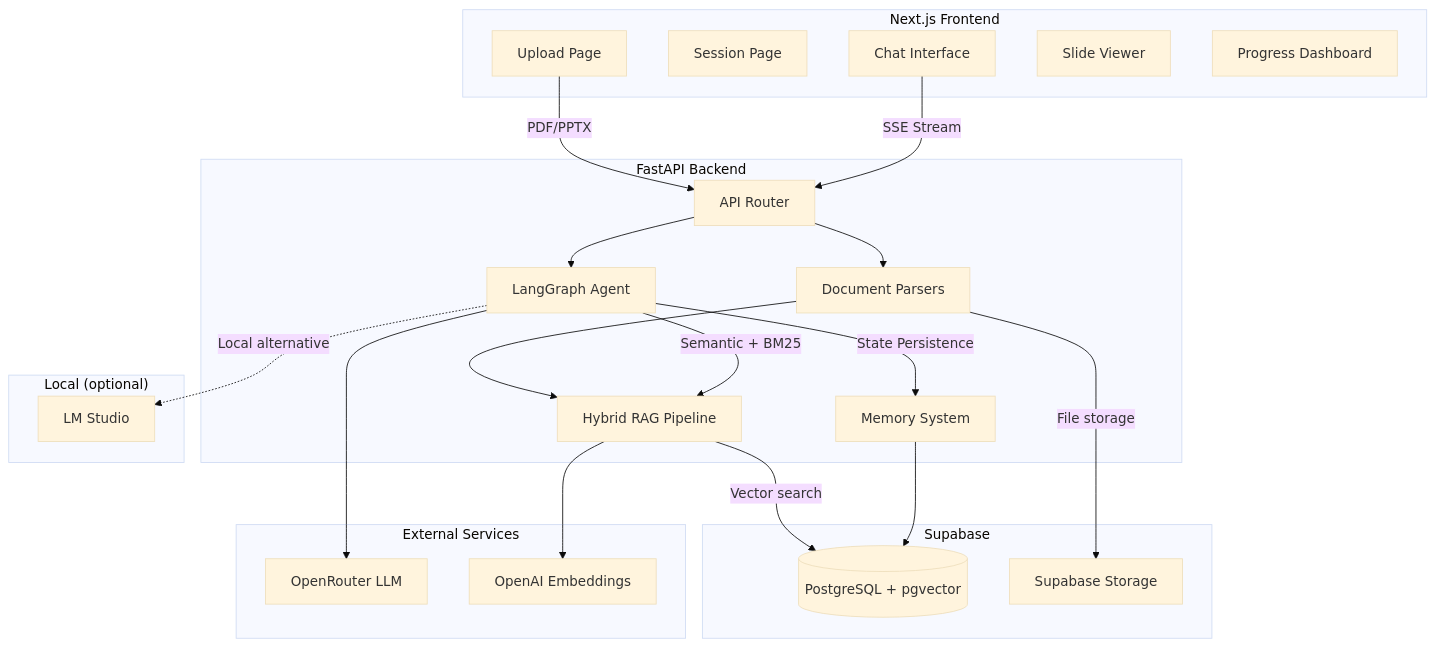
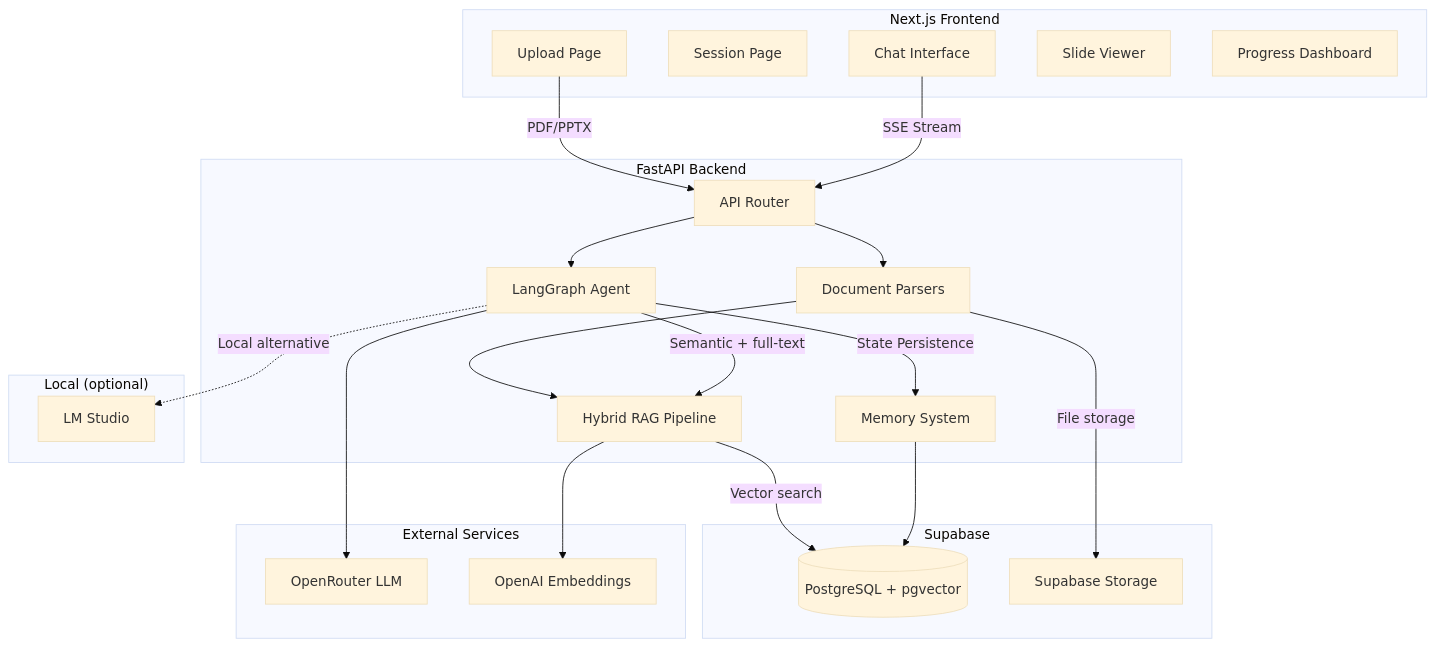
One commit to SpectrumTantrum/Slideguide changed the diagram in README.md. Above: the diagram before and after it, drawn with Mermaid (base theme). The commit also changed other lines of this file and 2 other files, not shown here.

````diff
--- a/README.md
+++ b/README.md
@@ -7,45 +7,45 @@
 ```mermaid
 graph TB
     subgraph Frontend["Next.js Frontend"]
         Upload[Upload Page]
         Session[Session Page]
         Chat[Chat Interface]
         Slides[Slide Viewer]
         Progress[Progress Dashboard]
     end
 
     subgraph API["FastAPI Backend"]
         Router[API Router]
         Parsers[Document Parsers]
         RAG[Hybrid RAG Pipeline]
         Agent[LangGraph Agent]
         Memory[Memory System]
     end
 
     subgraph External["External Services"]
         OpenRouter[OpenRouter LLM]
         OpenAI[OpenAI Embeddings]
     end
 
     subgraph Supabase["Supabase"]
         Postgres[(PostgreSQL + pgvector)]
         Storage[Supabase Storage]
     end
 
     subgraph Local["Local (optional)"]
         LMStudio[LM Studio]
     end
 
     Upload -->|PDF/PPTX| Router
     Chat -->|SSE Stream| Router
     Router --> Parsers --> RAG
     Router --> Agent
-    Agent -->|Semantic + BM25| RAG
+    Agent -->|Semantic + full-text| RAG
     Agent -->|State Persistence| Memory
     RAG -->|Vector search| Postgres
     RAG --> OpenAI
     Agent --> OpenRouter
     Agent -.->|Local alternative| LMStudio
     Memory --> Postgres
     Parsers -->|File storage| Storage
 ```
````
